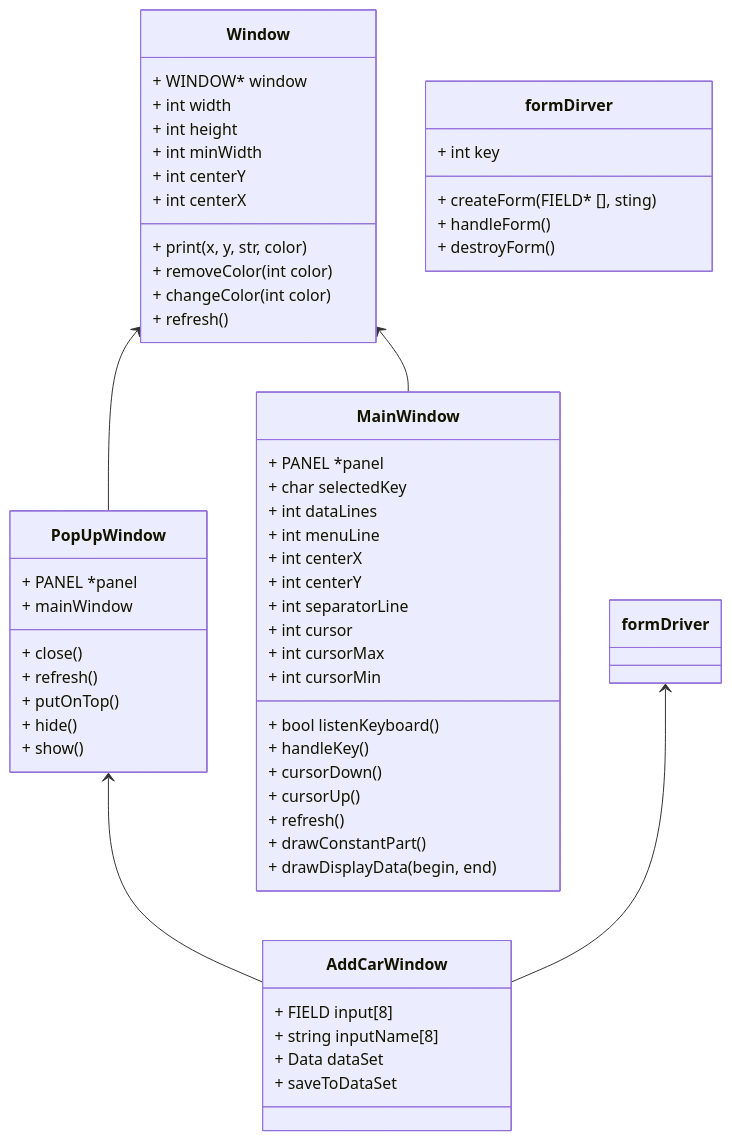
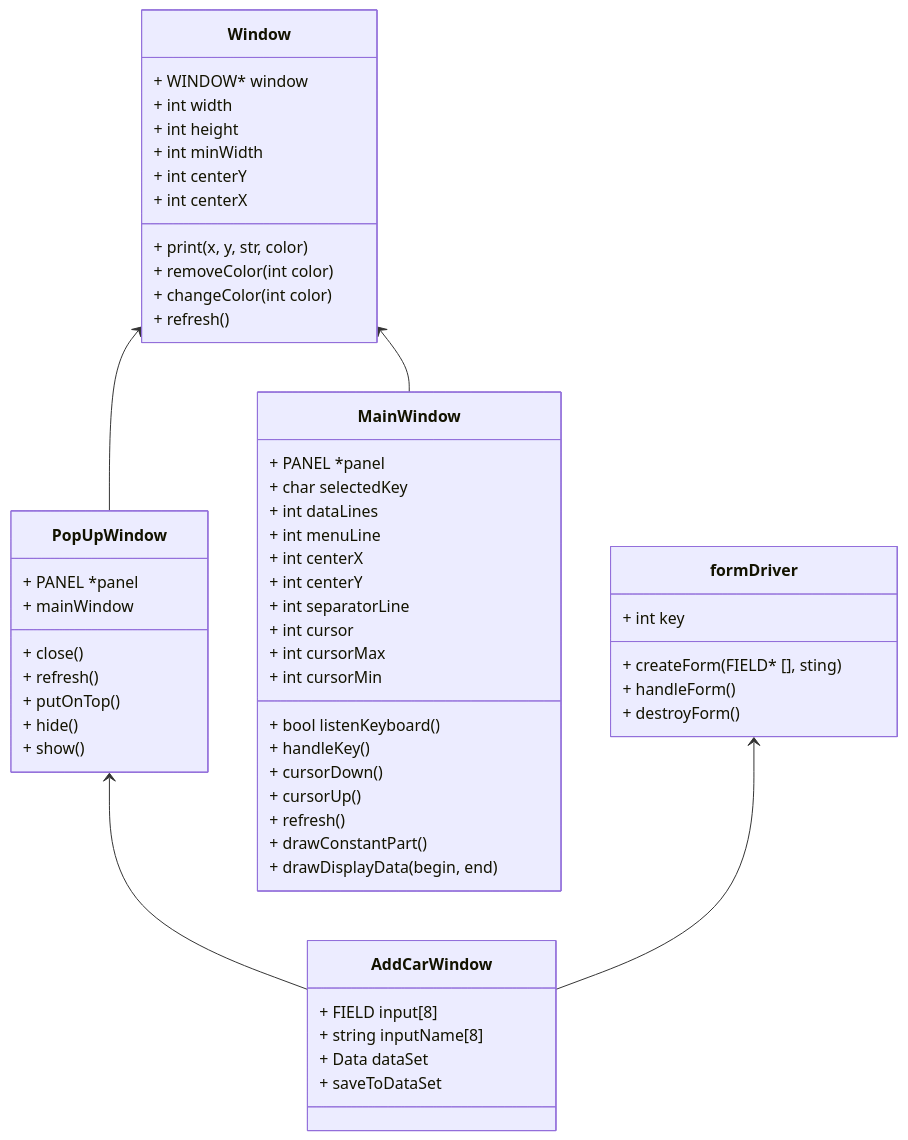
Before and after one commit to asamaranch78/swatcplusplus25Q4: the fourth of 7 diagrams in FinalProject/Readme.md, drawn with Mermaid.

Commit message:
Typo solved

````diff
--- a/FinalProject/Readme.md
+++ b/FinalProject/Readme.md
@@ -164,60 +164,60 @@
 ```mermaid
 classDiagram
     Window <-- PopUpWindow
     Window <-- MainWindow
     PopUpWindow <-- AddCarWindow
     formDriver <-- AddCarWindow
     class Window {
         + WINDOW* window
         + int width
         + int height
         + int minWidth
         + int centerY
         + int centerX 
         + print(x, y, str, color)
         + removeColor(int color)
         + changeColor(int color)
         + refresh()
     }
     class PopUpWindow {
         + PANEL *panel
         + mainWindow
         + close()
         + refresh()
         + putOnTop()
         + hide()
         + show()
     }
     class MainWindow {
         + PANEL *panel
         + char selectedKey
         + int dataLines
         + int menuLine
         + int centerX
         + int centerY
         + int separatorLine
         + int cursor
         + int cursorMax
         + int cursorMin
         + bool listenKeyboard()
         + handleKey()
         + cursorDown()
         + cursorUp()
         + refresh()
         + drawConstantPart()
         + drawDisplayData(begin, end)
     }
     class AddCarWindow {
         + FIELD input[8]
         + string inputName[8]
         + Data dataSet
         + saveToDataSet
     }
-    class formDirver {
+    class formDriver {
         + int key
         + createForm(FIELD* [], sting)
         + handleForm()
         + destroyForm()
     }
 
 ```
````
